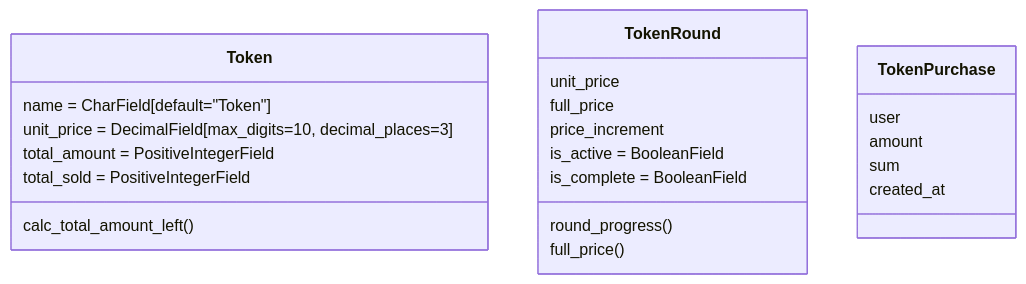
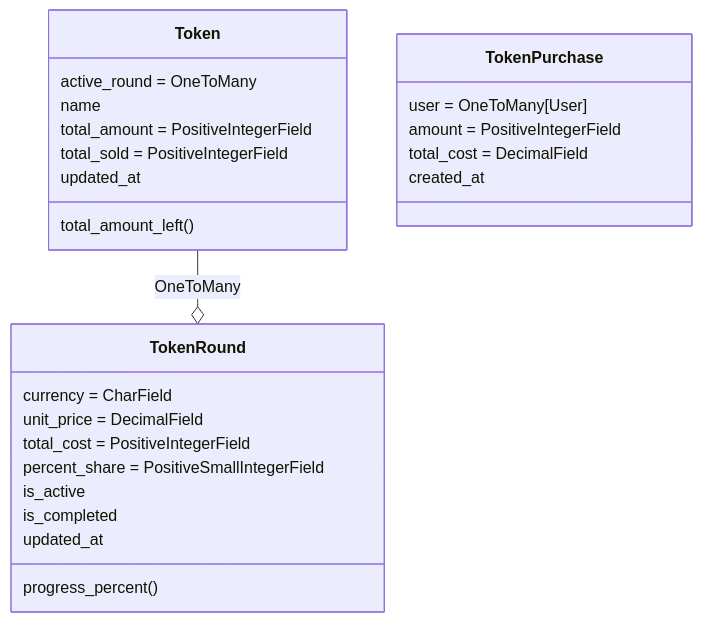
The second of 3 diagrams in README.md (DmitryPi/market_django), drawn with Mermaid before and after one commit. The commit also changed other lines of this file and 11 other files, not shown here.

Commit message:
Update tokens models: Token, TokenRound, TokenPurchase

````diff
--- a/README.md
+++ b/README.md
@@ -89,29 +95,33 @@
 ```mermaid
 
 classDiagram
 
+    Token --o TokenRound : OneToMany
+
     class Token {
-        name = CharField[default="Token"]
-        unit_price = DecimalField[max_digits=10, decimal_places=3]
+        active_round = OneToMany
+        name
         total_amount = PositiveIntegerField
         total_sold = PositiveIntegerField
-        calc_total_amount_left()
+        updated_at
+        total_amount_left()
     }
 
     class TokenRound {
-        unit_price
-        full_price
-        price_increment
-        is_active = BooleanField
-        is_complete = BooleanField
-        round_progress()
-        full_price()
+        currency = CharField
+        unit_price = DecimalField
+        total_cost = PositiveIntegerField
+        percent_share = PositiveSmallIntegerField
+        is_active
+        is_completed
+        updated_at
+        progress_percent()
     }
 
     class TokenPurchase {
-        user
-        amount
-        sum
+        user = OneToMany[User]
+        amount = PositiveIntegerField
+        total_cost = DecimalField
         created_at
     }
 ```
````
